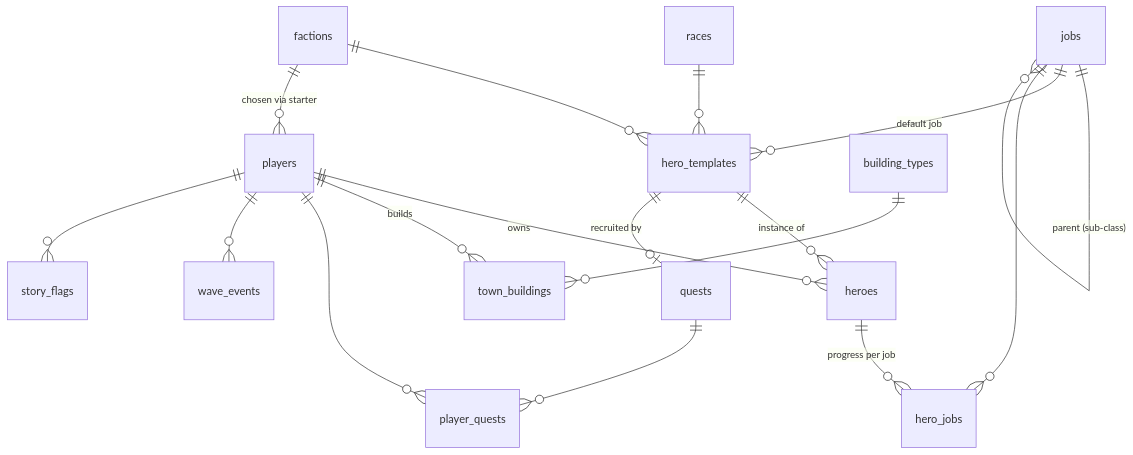
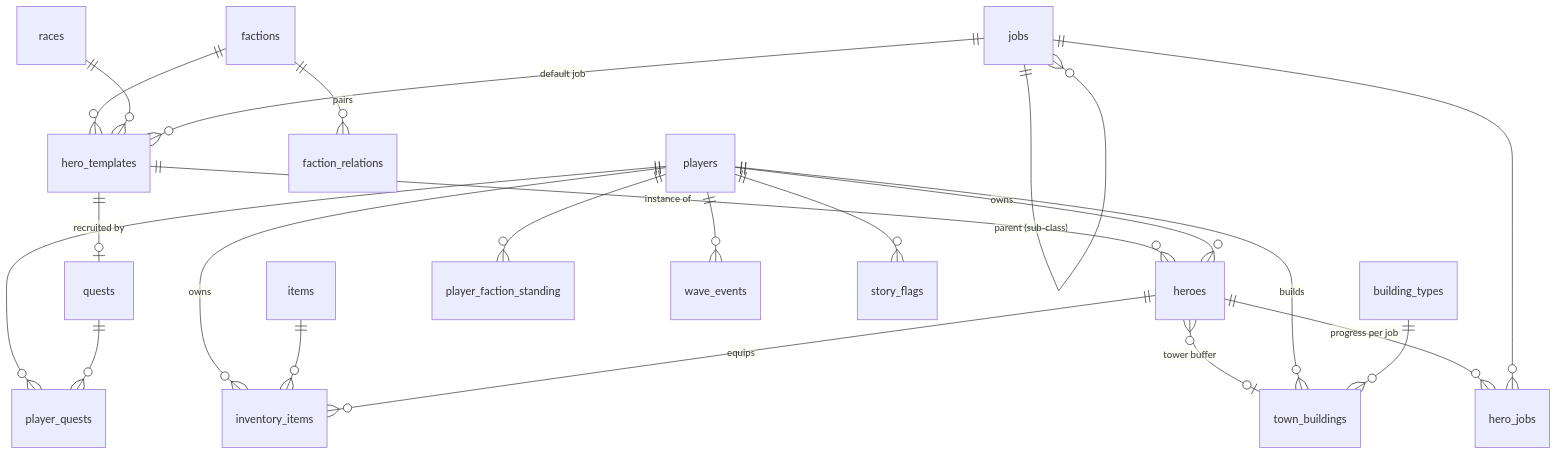
One commit to Ronanski/rpg-game-test changed the second of 2 diagrams in docs/ARCHITECTURE.md. Above: the diagram before and after it, drawn with Mermaid. The commit also changed other lines of this file and 31 other files, not shown here.

````diff
--- a/docs/ARCHITECTURE.md
+++ b/docs/ARCHITECTURE.md
@@ -49,19 +49,24 @@
 ```mermaid
 erDiagram
   factions ||--o{ hero_templates : ""
+  factions ||--o{ faction_relations : "pairs"
   races ||--o{ hero_templates : ""
   jobs ||--o{ jobs : "parent (sub-class)"
   jobs ||--o{ hero_templates : "default job"
   hero_templates ||--o{ heroes : "instance of"
   hero_templates ||--o| quests : "recruited by"
   players ||--o{ heroes : owns
   heroes ||--o{ hero_jobs : "progress per job"
   jobs ||--o{ hero_jobs : ""
+  heroes }o--o| town_buildings : "tower buffer"
   players ||--o{ town_buildings : builds
   building_types ||--o{ town_buildings : ""
+  players ||--o{ inventory_items : owns
+  items ||--o{ inventory_items : ""
+  heroes ||--o{ inventory_items : "equips"
+  players ||--o{ player_faction_standing : ""
   players ||--o{ player_quests : ""
   quests ||--o{ player_quests : ""
   players ||--o{ wave_events : ""
   players ||--o{ story_flags : ""
-  factions ||--o{ players : "chosen via starter"
 ```
````
